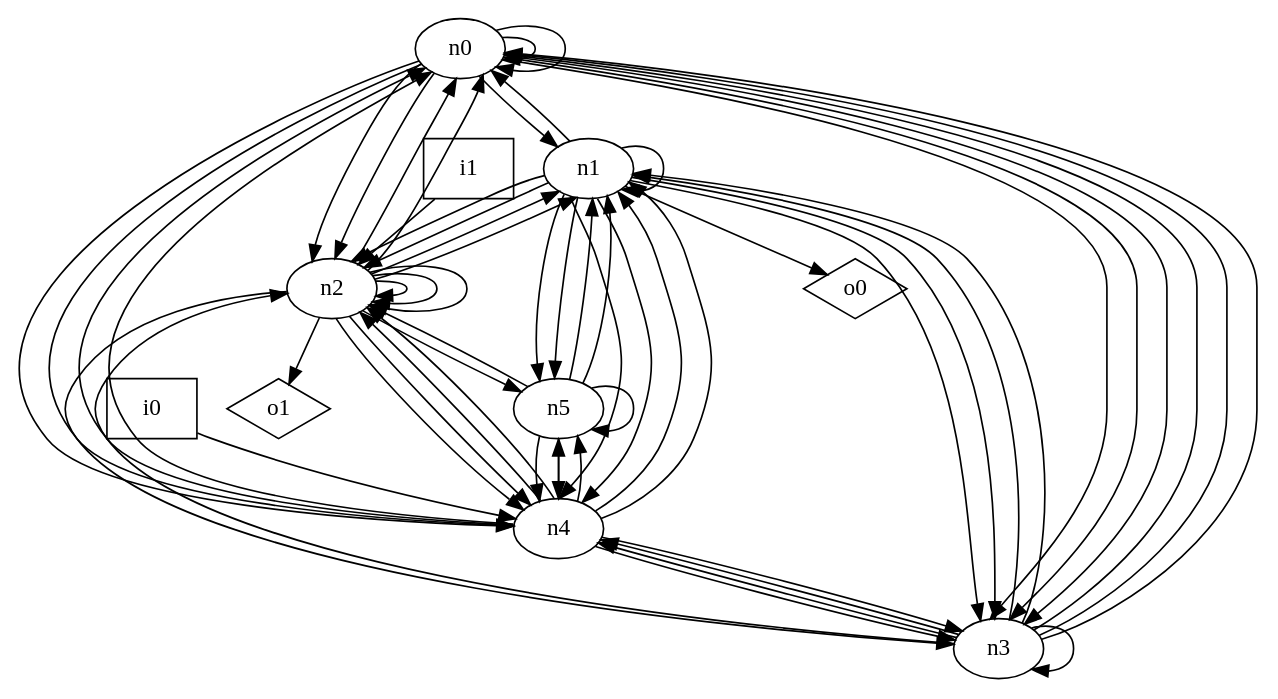
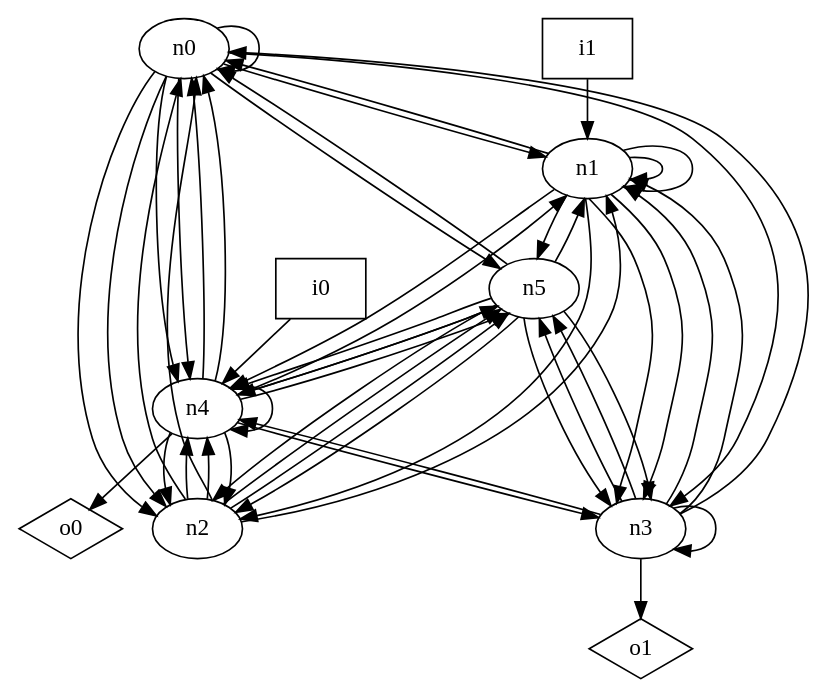
Before and after one commit to p9romain/bool-circuits: the diagram in dot_files/random_graph/undirected_graph.dot, drawn with Graphviz. The commit also changed 149 other files, not shown here.

```diff
--- a/dot_files/random_graph/undirected_graph.dot
+++ b/dot_files/random_graph/undirected_graph.dot
@@ -1,72 +1,63 @@
 digraph G {
 n0 [label="n0"];
 n1 [label="n1"];
 n2 [label="n2"];
 n3 [label="n3"];
 n4 [label="n4"];
 n5 [label="n5"];
 n6 [label="i0",shape="box"];
 n7 [label="i1",shape="box"];
 n8 [label="o0",shape="diamond"];
 n9 [label="o1",shape="diamond"];
 n0 -> n0
-n0 -> n0
 n0 -> n1
 n0 -> n2
 n0 -> n2
 n0 -> n3
-n0 -> n3
-n0 -> n3
 n0 -> n4
 n0 -> n4
+n0 -> n5
 n1 -> n0
 n1 -> n1
-n1 -> n2
+n1 -> n1
 n1 -> n2
 n1 -> n3
 n1 -> n3
 n1 -> n4
-n1 -> n4
 n1 -> n5
-n1 -> n5
-n1 -> n8
 n2 -> n0
 n2 -> n0
 n2 -> n1
-n2 -> n1
-n2 -> n2
-n2 -> n2
-n2 -> n2
-n2 -> n3
 n2 -> n4
 n2 -> n4
 n2 -> n5
-n2 -> n9
-n3 -> n0
-n3 -> n0
+n2 -> n5
 n3 -> n0
 n3 -> n1
 n3 -> n1
-n3 -> n2
 n3 -> n3
 n3 -> n4
-n3 -> n4
+n3 -> n5
+n3 -> n5
+n3 -> n9
 n4 -> n0
 n4 -> n0
-n4 -> n1
 n4 -> n1
 n4 -> n2
 n4 -> n2
 n4 -> n3
-n4 -> n3
+n4 -> n4
 n4 -> n5
 n4 -> n5
-n5 -> n1
+n4 -> n8
+n5 -> n0
 n5 -> n1
 n5 -> n2
+n5 -> n2
+n5 -> n3
+n5 -> n3
 n5 -> n4
 n5 -> n4
-n5 -> n5
 n6 -> n4
-n7 -> n2
+n7 -> n1
 }
```
